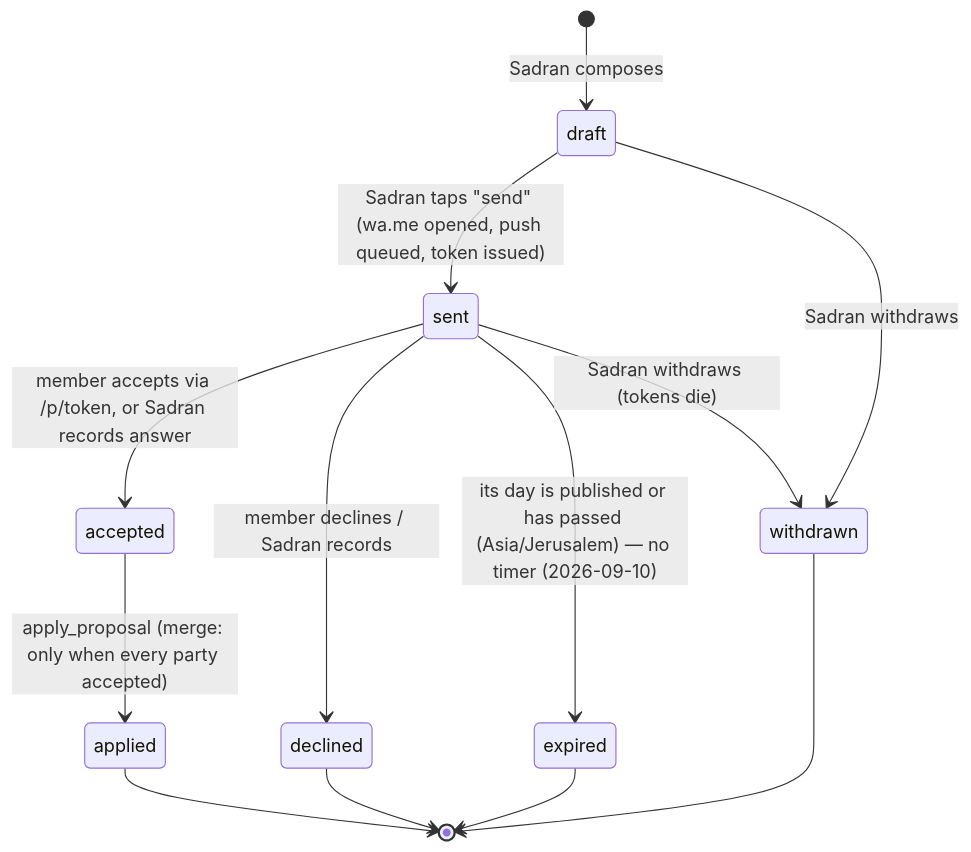
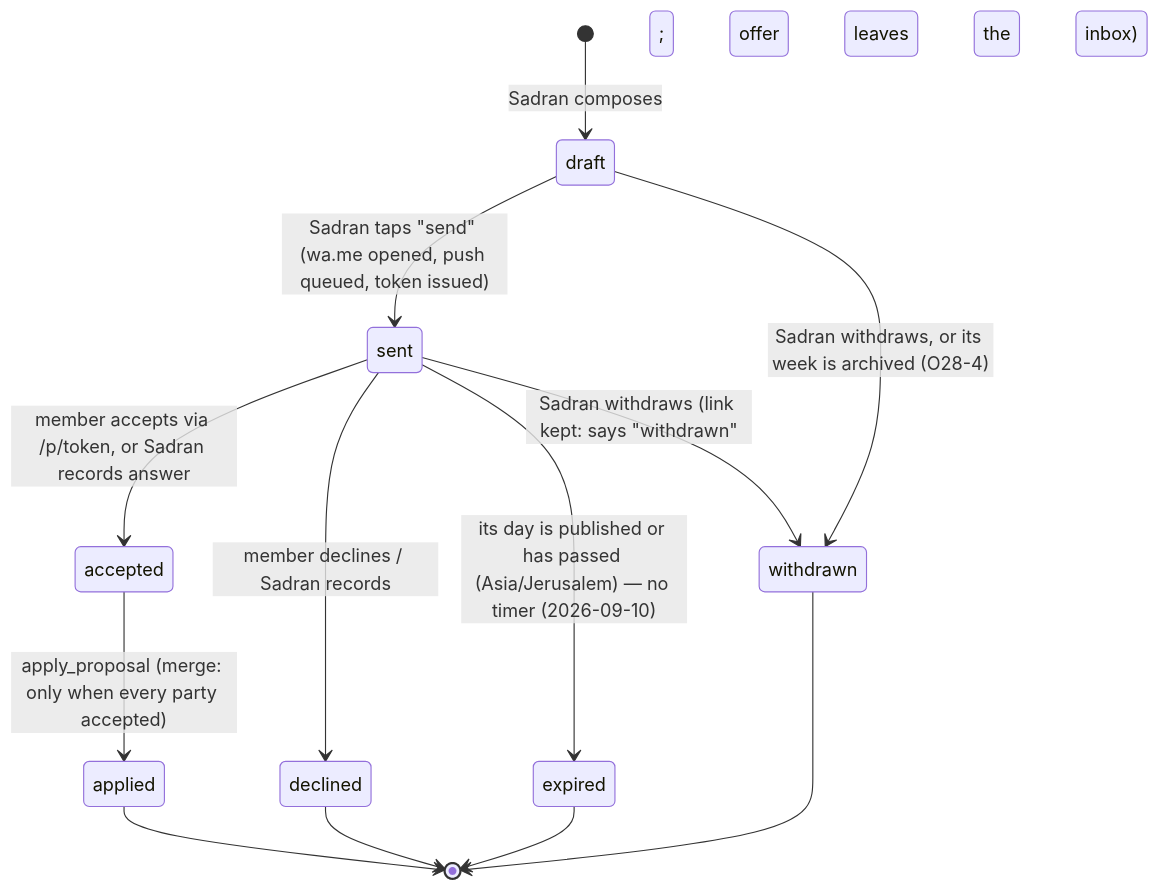
Before and after one commit to omriglass/CarSiddur: the fifth of 11 diagrams in docs/ARCHITECTURE.md, drawn with Mermaid. The commit also changed other lines of this file and 23 other files, not shown here.

````diff
--- a/docs/ARCHITECTURE.md
+++ b/docs/ARCHITECTURE.md
@@ -217,15 +217,15 @@
 ```mermaid
 stateDiagram-v2
   [*] --> draft: Sadran composes
   draft --> sent: Sadran taps "send" (wa.me opened, push queued, token issued)
   sent --> accepted: member accepts via /p/token, or Sadran records answer
   sent --> declined: member declines / Sadran records
   sent --> expired: its day is published or has passed (Asia/Jerusalem) — no timer (2026-09-10)
-  draft --> withdrawn: Sadran withdraws
-  sent --> withdrawn: Sadran withdraws (tokens die)
+  draft --> withdrawn: Sadran withdraws, or its week is archived (O28-4)
+  sent --> withdrawn: Sadran withdraws (link kept: says "withdrawn"; offer leaves the inbox)
   accepted --> applied: apply_proposal (merge: only when every party accepted)
   declined --> [*]
   expired --> [*]
   withdrawn --> [*]
   applied --> [*]
 ```
````
